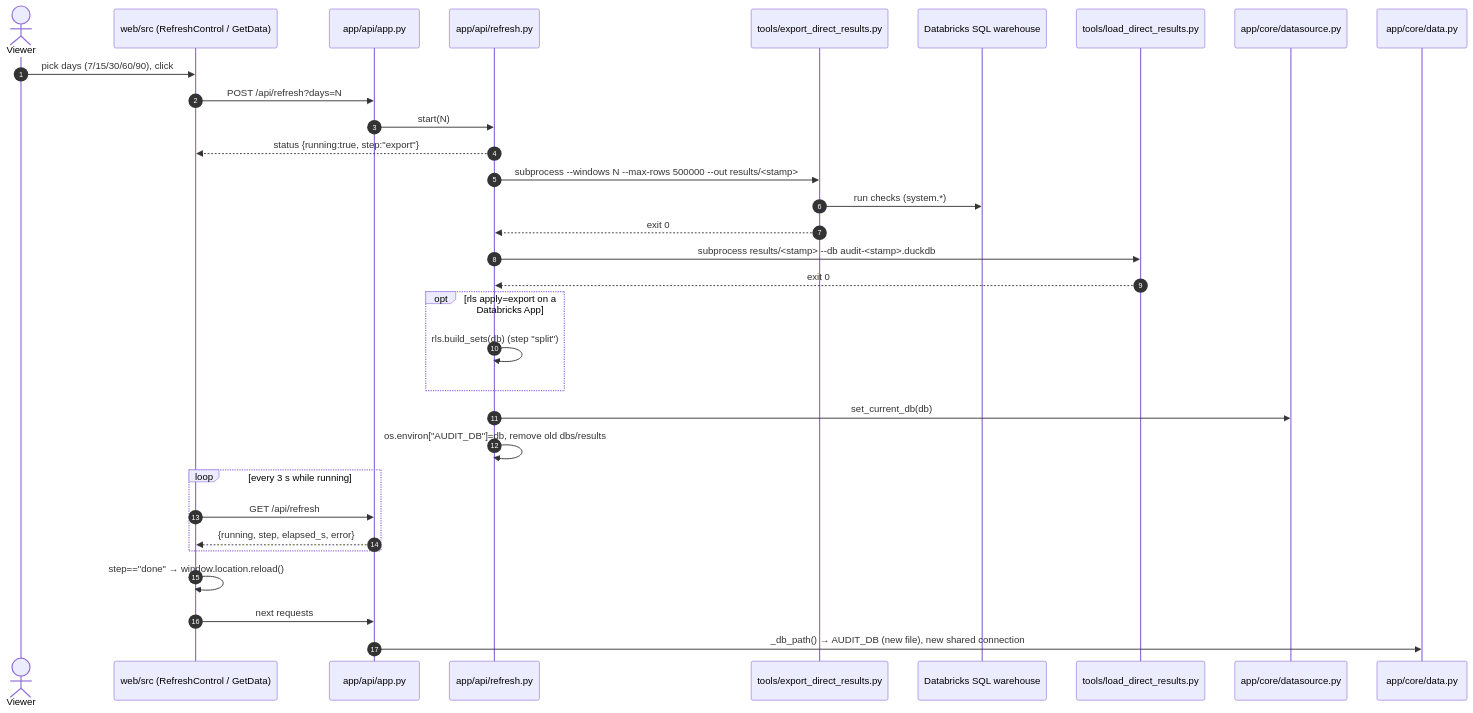
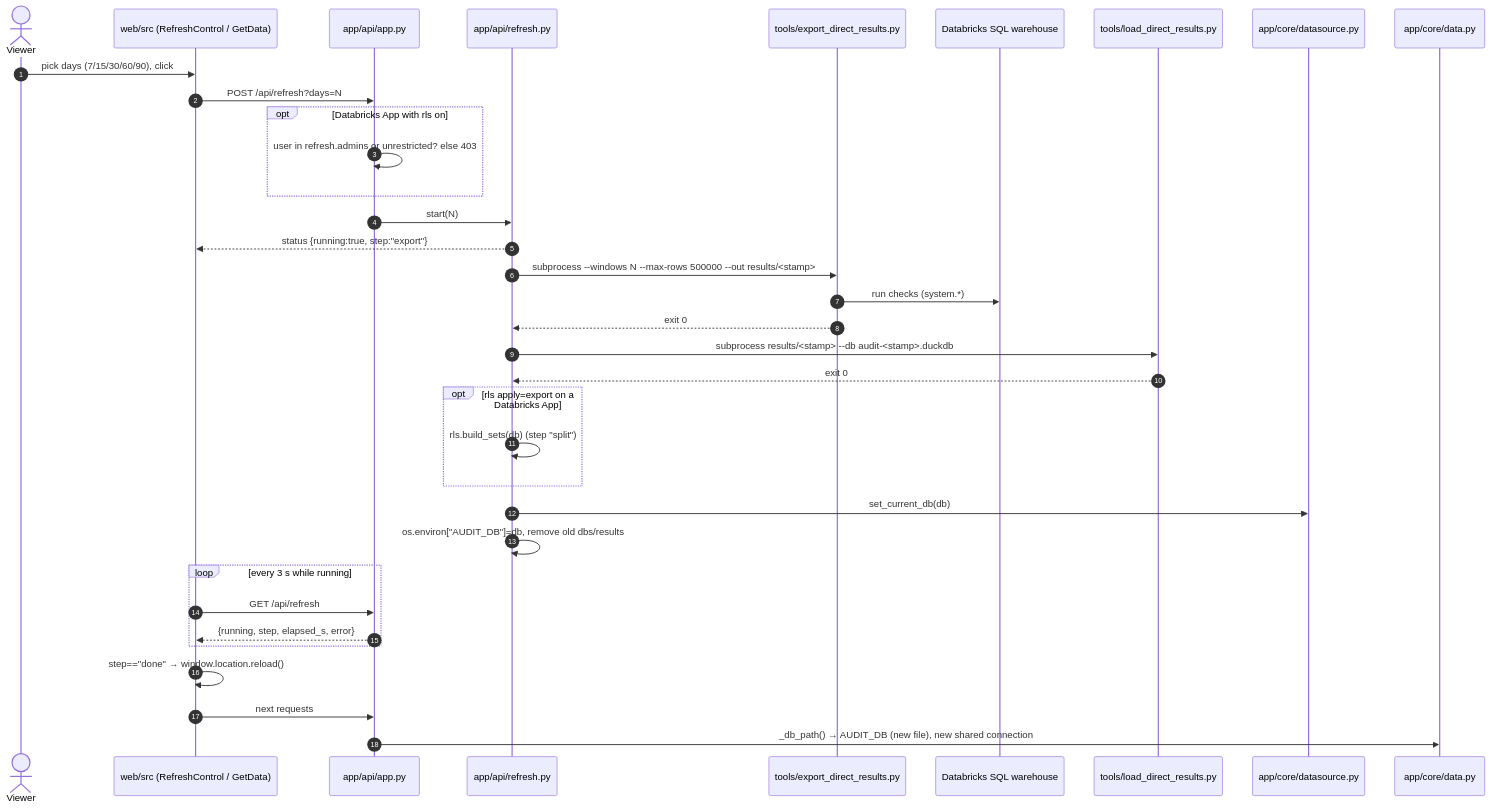
One commit to darshanmeel/databricks-audit-app changed the diagram in databricks-audit-app-knowledge-graph/flows/refresh_in_app.md. Above: the diagram before and after it, drawn with Mermaid. The commit also changed other lines of this file and 94 other files, not shown here.

First line of the commit message:
Graph and technical doc updated for the review fixes: 8,352 nodes and 23,453 edges

````diff
--- a/databricks-audit-app-knowledge-graph/flows/refresh_in_app.md
+++ b/databricks-audit-app-knowledge-graph/flows/refresh_in_app.md
@@ -5,34 +5,37 @@
 ```mermaid
 sequenceDiagram
   autonumber
   actor V as Viewer
   participant UI as web/src (RefreshControl / GetData)
   participant API as app/api/app.py
   participant R as app/api/refresh.py
   participant EX as tools/export_direct_results.py
   participant WH as Databricks SQL warehouse
   participant LD as tools/load_direct_results.py
   participant DS as app/core/datasource.py
   participant D as app/core/data.py
   V->>UI: pick days (7/15/30/60/90), click
   UI->>API: POST /api/refresh?days=N
+  opt Databricks App with rls on
+    API->>API: user in refresh.admins or unrestricted? else 403
+  end
   API->>R: start(N)
   R-->>UI: status {running:true, step:"export"}
   R->>EX: subprocess --windows N --max-rows 500000 --out results/<stamp>
   EX->>WH: run checks (system.*)
   EX-->>R: exit 0
   R->>LD: subprocess results/<stamp> --db audit-<stamp>.duckdb
   LD-->>R: exit 0
   opt rls apply=export on a Databricks App
     R->>R: rls.build_sets(db) (step "split")
   end
   R->>DS: set_current_db(db)
   R->>R: os.environ["AUDIT_DB"]=db, remove old dbs/results
   loop every 3 s while running
     UI->>API: GET /api/refresh
     API-->>UI: {running, step, elapsed_s, error}
   end
   UI->>UI: step=="done" → window.location.reload()
   UI->>API: next requests
   API->>D: _db_path() → AUDIT_DB (new file), new shared connection
 ```
````
